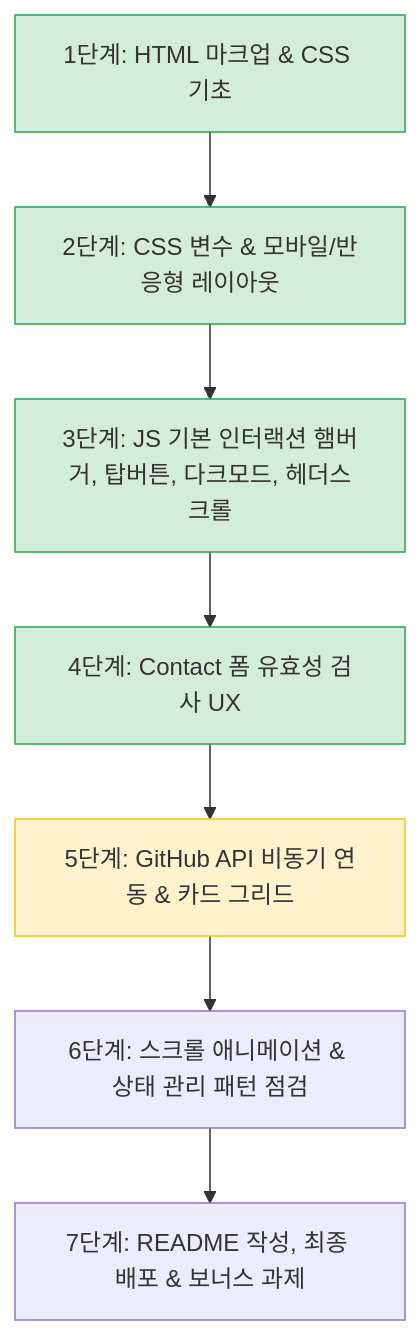
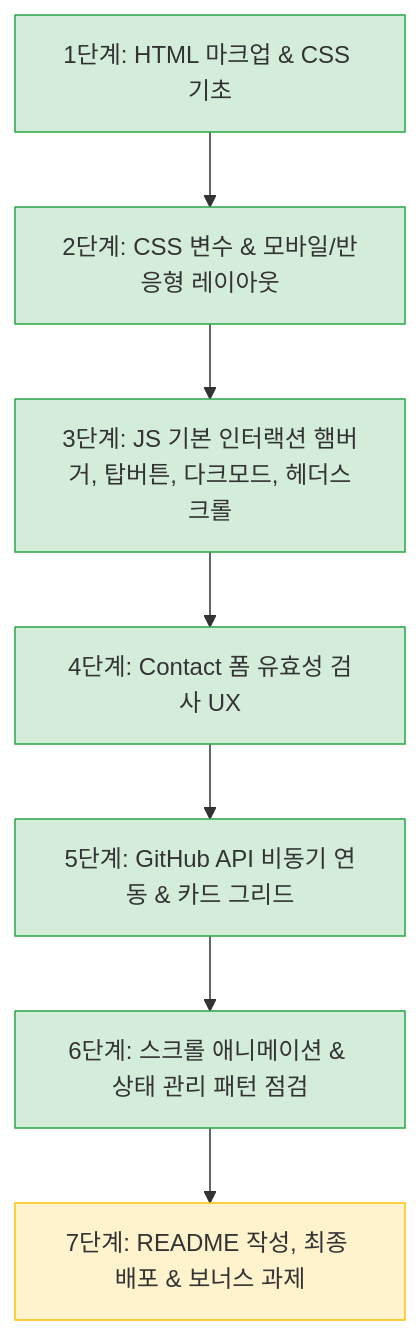
One commit to HOT8OY/Codyssey-B1-1 changed the diagram in etc/checklist.md. Above: the diagram before and after it, drawn with Mermaid. The commit also changed other lines of this file and 1 other file, not shown here.

````diff
--- a/etc/checklist.md
+++ b/etc/checklist.md
@@ -115,15 +115,17 @@
 ```mermaid
 graph TD
     Step1[1단계: HTML 마크업 & CSS 기초] --> Step2[2단계: CSS 변수 & 모바일/반응형 레이아웃]
     Step2 --> Step3[3단계: JS 기본 인터랙션 햄버거, 탑버튼, 다크모드, 헤더스크롤]
     Step3 --> Step4[4단계: Contact 폼 유효성 검사 UX]
     Step4 --> Step5[5단계: GitHub API 비동기 연동 & 카드 그리드]
     Step5 --> Step6[6단계: 스크롤 애니메이션 & 상태 관리 패턴 점검]
     Step6 --> Step7[7단계: README 작성, 최종 배포 & 보너스 과제]
 
     style Step1 fill:#d4edda,stroke:#28a745
     style Step2 fill:#d4edda,stroke:#28a745
     style Step3 fill:#d4edda,stroke:#28a745
     style Step4 fill:#d4edda,stroke:#28a745
-    style Step5 fill:#fff3cd,stroke:#ffc107
+    style Step5 fill:#d4edda,stroke:#28a745
+    style Step6 fill:#d4edda,stroke:#28a745
+    style Step7 fill:#fff3cd,stroke:#ffc107
 ```
````
